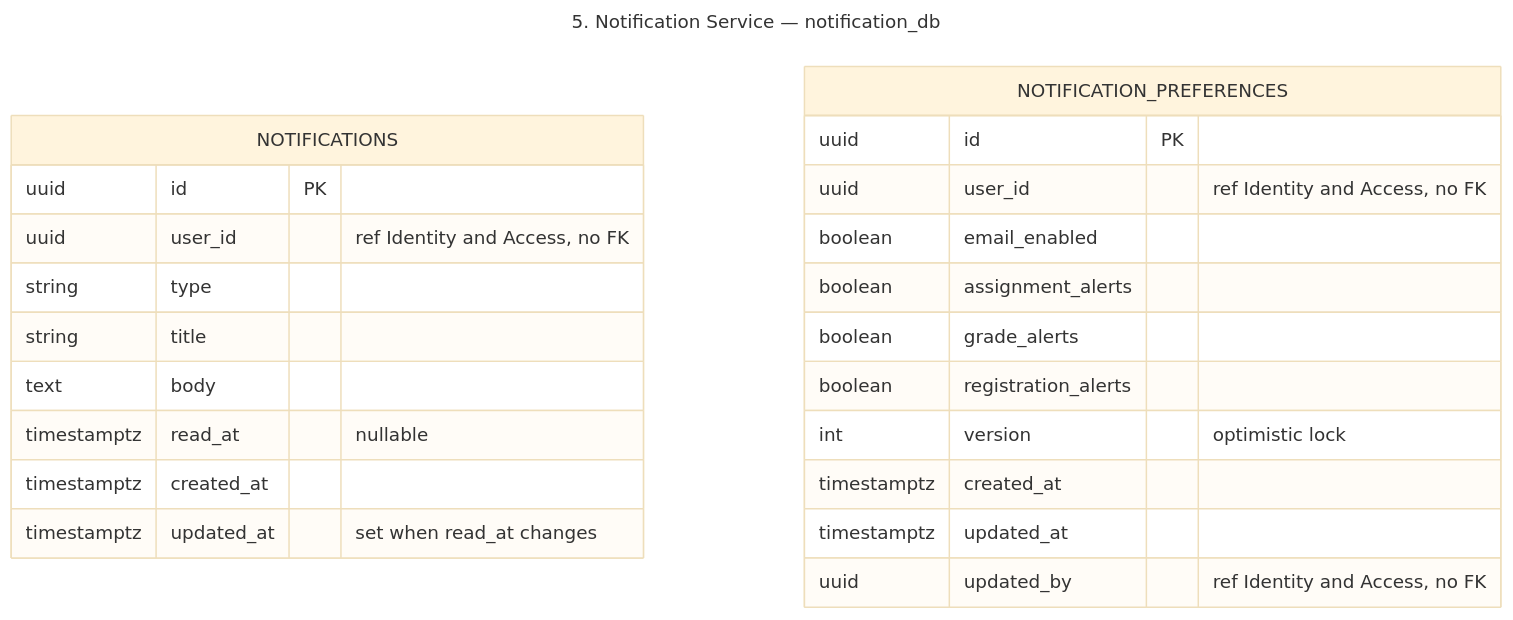
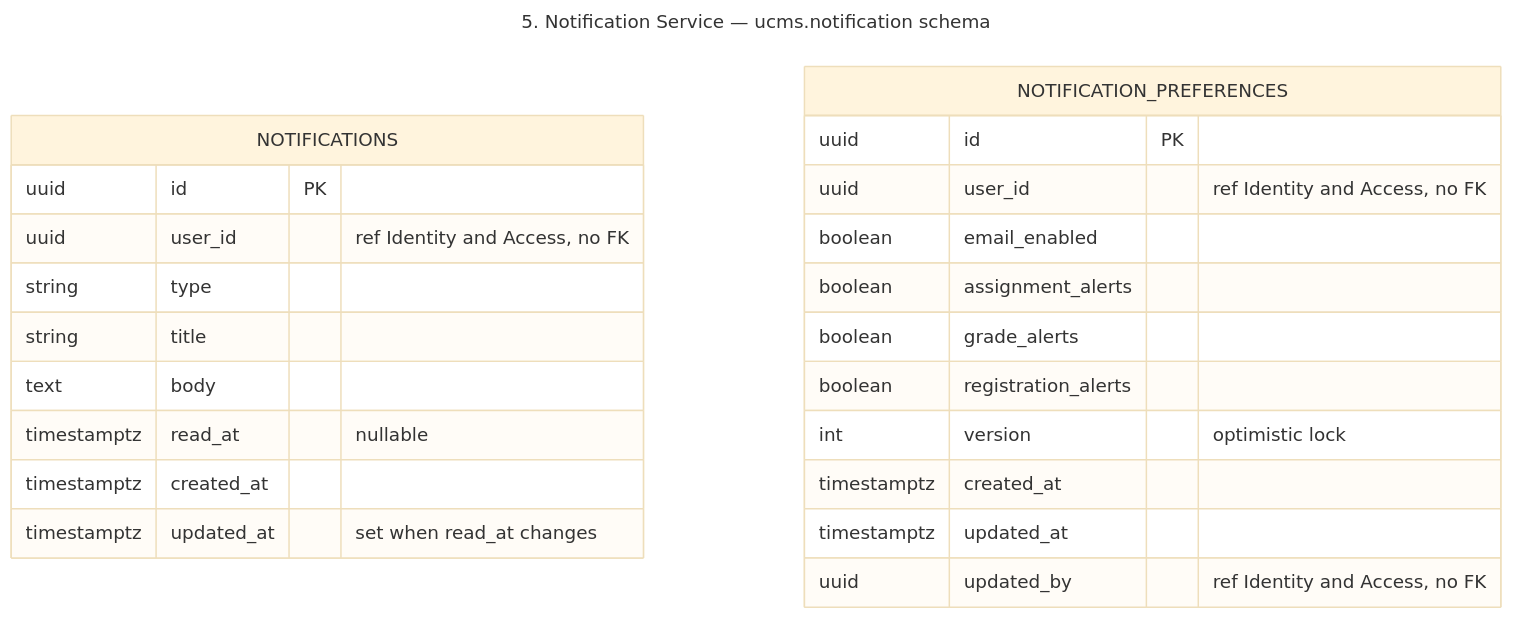
One commit to ESD-ONE/University-Course-Management-System changed the diagram in docs/architecture/tables-05-notification.mmd. Above: the diagram before and after it, drawn with Mermaid (base theme). The commit also changed 19 other files, not shown here.

First line of the commit message:
Sync architecture diagrams: schema-per-service, not database-per-service

```diff
--- a/docs/architecture/tables-05-notification.mmd
+++ b/docs/architecture/tables-05-notification.mmd
@@ -1,26 +1,26 @@
 ---
-title: 5. Notification Service — notification_db
+title: 5. Notification Service — ucms.notification schema
 ---
 erDiagram
     NOTIFICATIONS {
         uuid id PK
         uuid user_id "ref Identity and Access, no FK"
         string type
         string title
         text body
         timestamptz read_at "nullable"
         timestamptz created_at
         timestamptz updated_at "set when read_at changes"
     }
     NOTIFICATION_PREFERENCES {
         uuid id PK
         uuid user_id "ref Identity and Access, no FK"
         boolean email_enabled
         boolean assignment_alerts
         boolean grade_alerts
         boolean registration_alerts
         int version "optimistic lock"
         timestamptz created_at
         timestamptz updated_at
         uuid updated_by "ref Identity and Access, no FK"
     }
```
